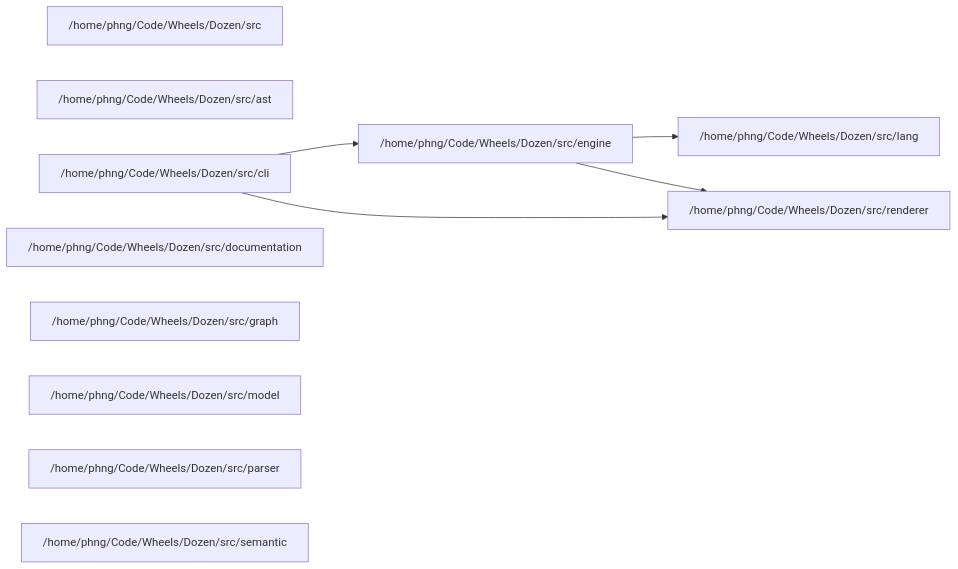
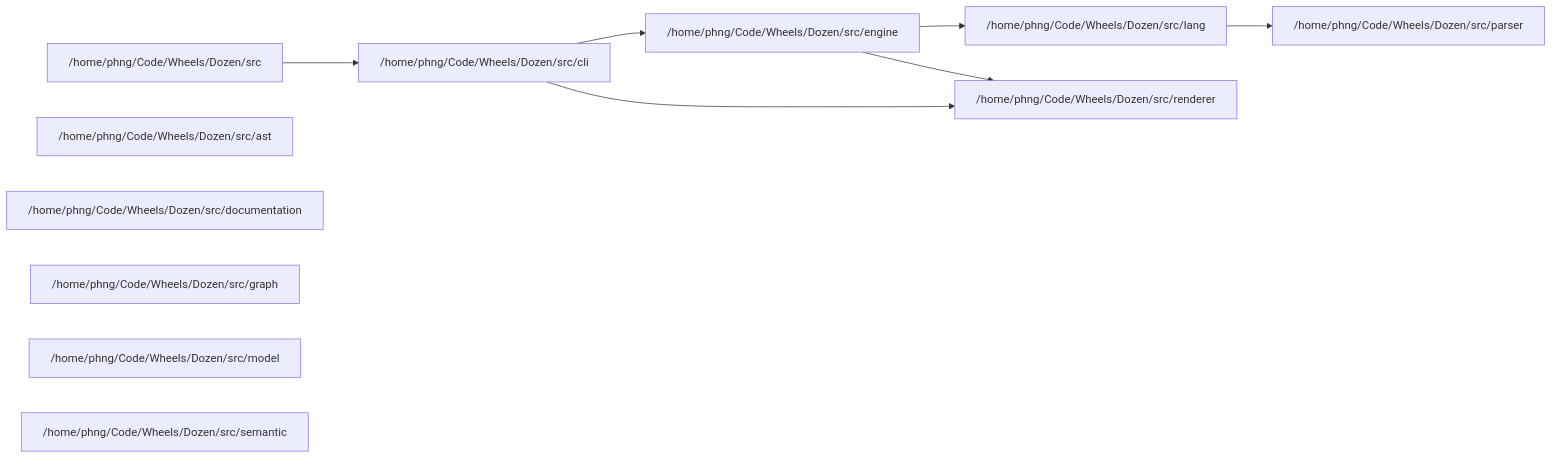
The seventh of 7 diagrams in dozen-graph.md (phsnia/Dozen), drawn with Mermaid before and after one commit. The commit also changed other lines of this file and 17 other files, not shown here.

````diff
--- a/dozen-graph.md
+++ b/dozen-graph.md
@@ -1685,18 +2733,20 @@
 ```mermaid
 flowchart LR
   dir_0["/home/phng/Code/Wheels/Dozen/src"]
   dir_1["/home/phng/Code/Wheels/Dozen/src/ast"]
   dir_2["/home/phng/Code/Wheels/Dozen/src/cli"]
   dir_3["/home/phng/Code/Wheels/Dozen/src/documentation"]
   dir_4["/home/phng/Code/Wheels/Dozen/src/engine"]
   dir_5["/home/phng/Code/Wheels/Dozen/src/graph"]
   dir_6["/home/phng/Code/Wheels/Dozen/src/lang"]
   dir_7["/home/phng/Code/Wheels/Dozen/src/model"]
   dir_8["/home/phng/Code/Wheels/Dozen/src/parser"]
   dir_9["/home/phng/Code/Wheels/Dozen/src/renderer"]
   dir_10["/home/phng/Code/Wheels/Dozen/src/semantic"]
   dir_2 --> dir_4
   dir_2 --> dir_9
   dir_4 --> dir_6
   dir_4 --> dir_9
+  dir_6 --> dir_8
+  dir_0 --> dir_2
 ```
````
